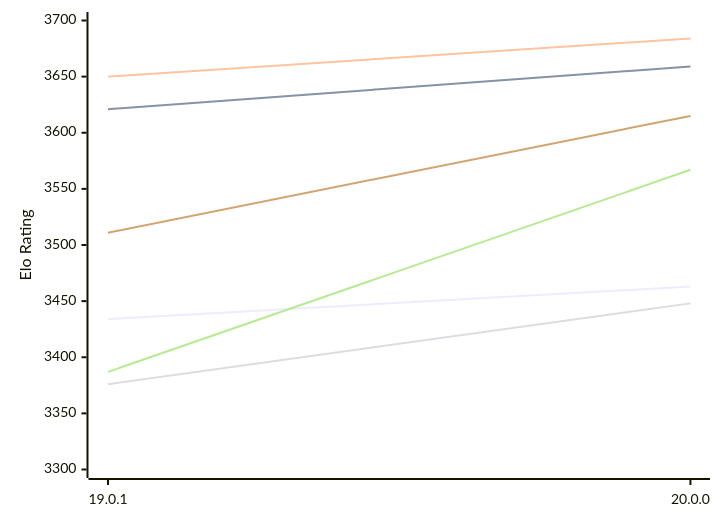
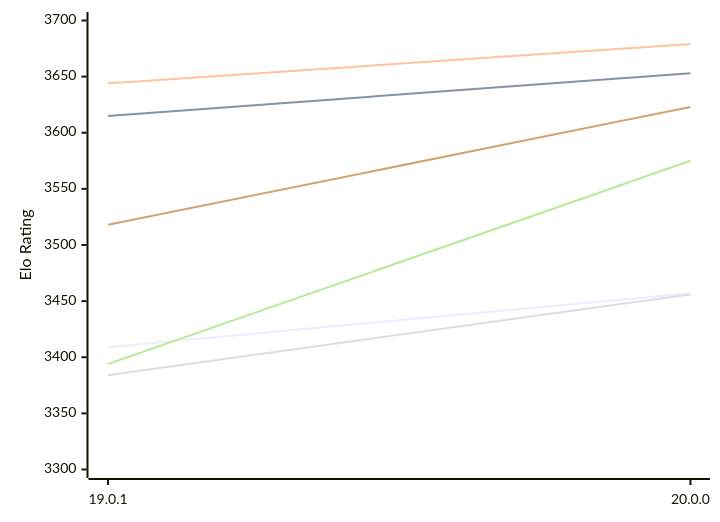
One commit to computer-chess-index/cci changed the first of 2 diagrams in engines/Viridithas.md. Above: the diagram before and after it, drawn with Mermaid. The commit also changed other lines of this file, not shown here.

Commit message:
Update CCI Ratings (ELO VLTC) - 2026-11-18

````diff
--- a/engines/Viridithas.md
+++ b/engines/Viridithas.md
@@ -58,12 +58,12 @@
 ```mermaid
 %%{init: {"theme":"base","themeVariables":{"seriesColors:['#a3a3a3','#222221','#faa371']}}}%%
 xychart-beta
   x-axis ["19.0.1", "20.0.0"]
   y-axis "Elo Rating" 3300 --> 3700
-  line "E1: STC (8.0+0.08s)" [3434, 3463]
-  line "E1: LTC (60.0+0.60s)" [3621, 3659]
-  line "E1: VLTC (2m24s+1.12s)" [3650, 3684]
-  line "P1: STC (8.0+0.08s)" [3376, 3448]
-  line "P1: LTC (60.0+0.60s)" [3387, 3567]
-  line "P1: VLTC (2m24s+1.12s)" [3511, 3615]
+  line "E1: STC (8.0+0.08s)" [3409, 3457]
+  line "E1: LTC (60.0+0.60s)" [3615, 3653]
+  line "E1: VLTC (2m24s+1.12s)" [3644, 3679]
+  line "P1: STC (8.0+0.08s)" [3384, 3456]
+  line "P1: LTC (60.0+0.60s)" [3394, 3575]
+  line "P1: VLTC (2m24s+1.12s)" [3518, 3623]
 ```
````
